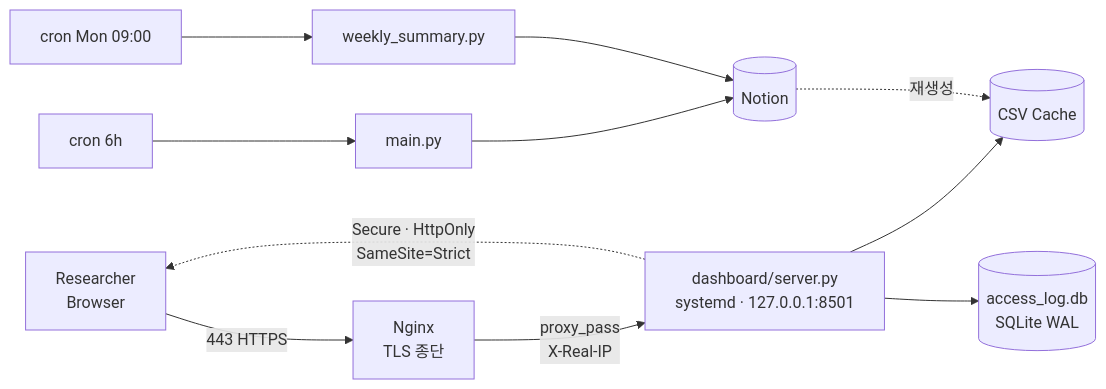
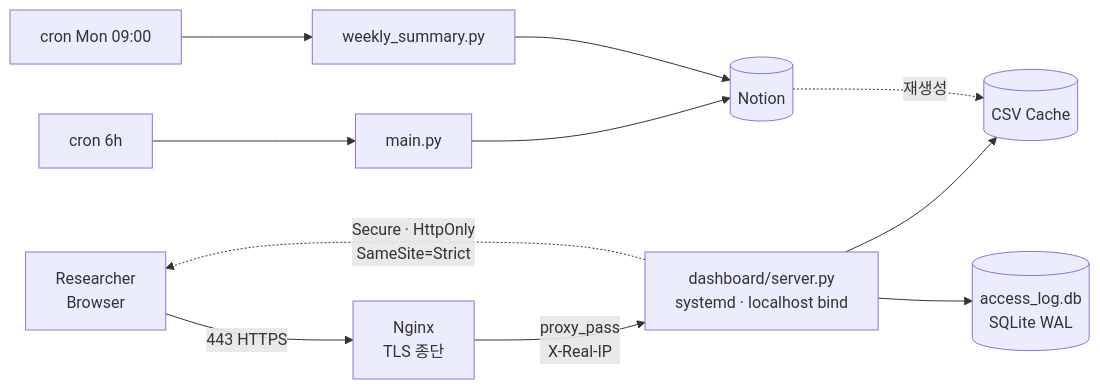
One commit to hydrochan/get-ASAP changed the third of 3 diagrams in README.md. Above: the diagram before and after it, drawn with Mermaid. The commit also changed other lines of this file and 2 other files, not shown here.

````diff
--- a/README.md
+++ b/README.md
@@ -112,13 +112,13 @@
 ```mermaid
 flowchart LR
     U["Researcher<br/>Browser"] -->|443 HTTPS| NG["Nginx<br/>TLS 종단"]
-    NG -->|proxy_pass<br/>X-Real-IP| APP["dashboard/server.py<br/>systemd · 127.0.0.1:8501"]
+    NG -->|proxy_pass<br/>X-Real-IP| APP["dashboard/server.py<br/>systemd · localhost bind"]
     APP --> CSV[(CSV Cache)]
     APP --> DB[(access_log.db<br/>SQLite WAL)]
     APP -.->|Secure · HttpOnly<br/>SameSite=Strict| U
 
     CRON["cron 6h"] --> MAIN[main.py]
     MAIN --> NOTION[(Notion)]
     NOTION -.->|재생성| CSV
     WK["cron Mon 09:00"] --> WS[weekly_summary.py] --> NOTION
 ```
````
